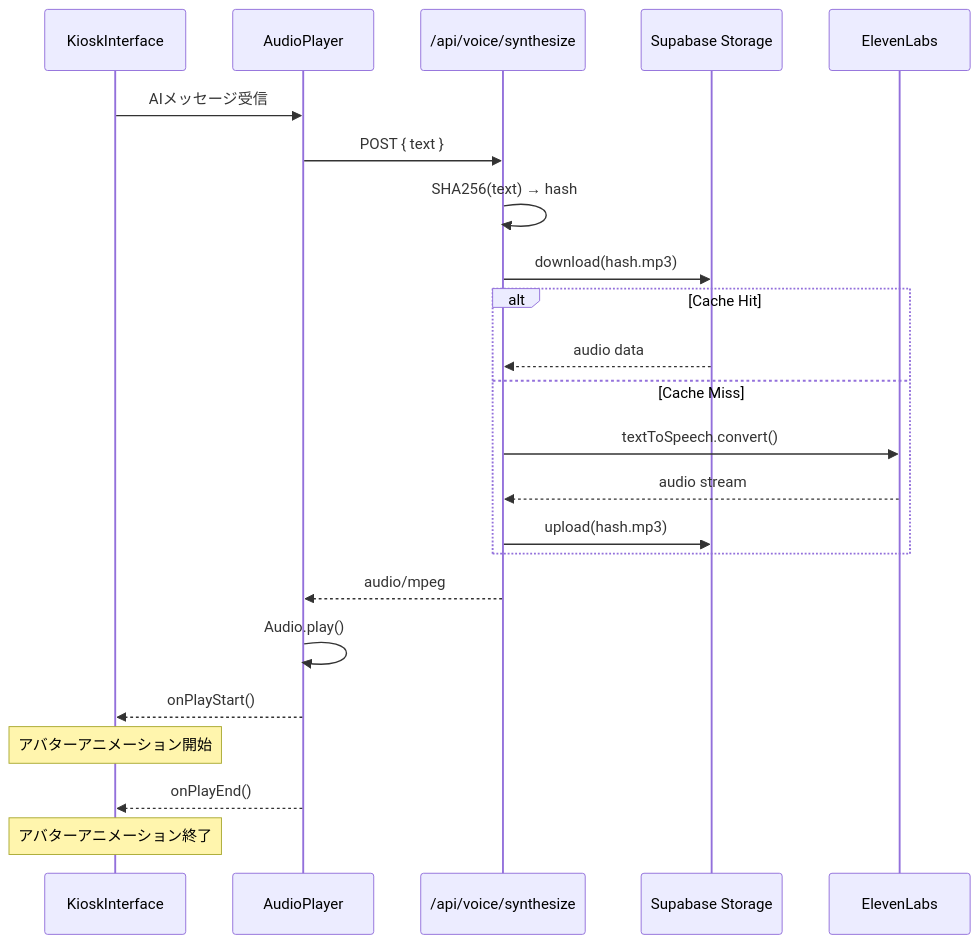
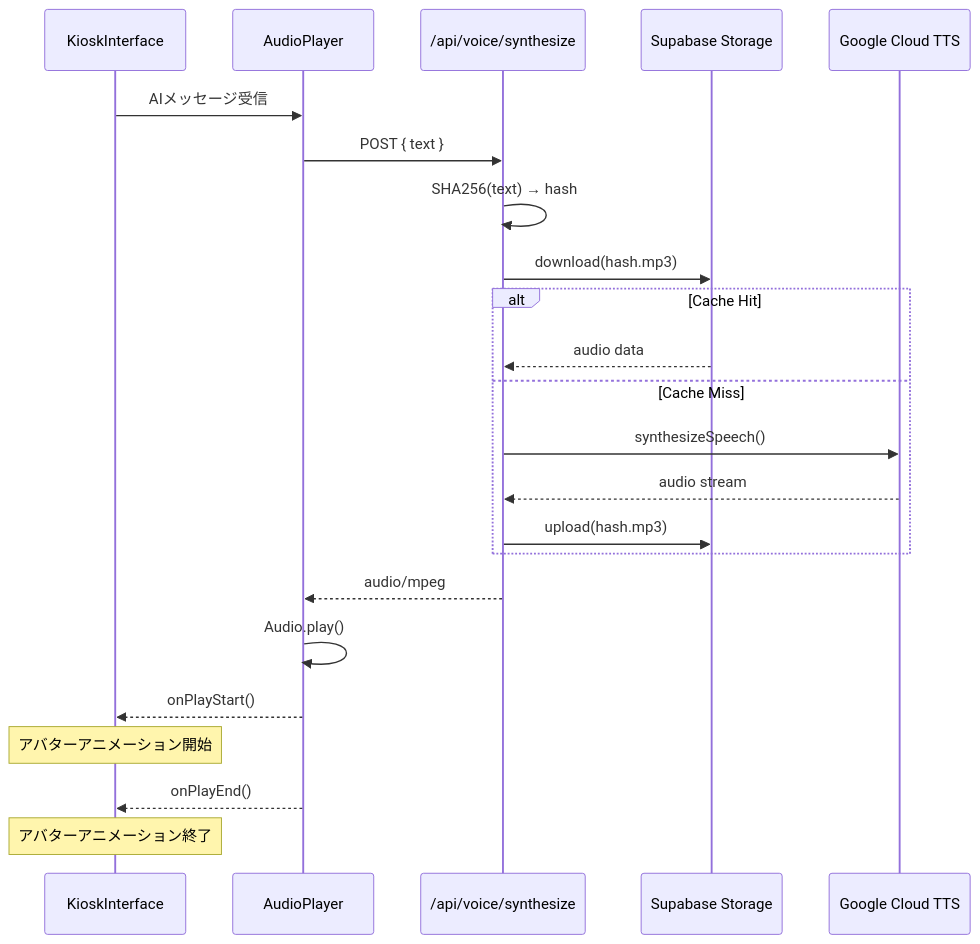
One commit to koma-ry1117/madoguchi-ai changed the second of 2 diagrams in .kiro/specs/voice-io/design.md. Above: the diagram before and after it, drawn with Mermaid. The commit also changed other lines of this file and 3 other files, not shown here.

````diff
--- a/.kiro/specs/voice-io/design.md
+++ b/.kiro/specs/voice-io/design.md
@@ -86,28 +86,28 @@
 ```mermaid
 sequenceDiagram
     participant Kiosk as KioskInterface
     participant AP as AudioPlayer
     participant API as /api/voice/synthesize
     participant Cache as Supabase Storage
-    participant E as ElevenLabs
+    participant GC as Google Cloud TTS
 
     Kiosk->>AP: AIメッセージ受信
     AP->>API: POST { text }
     API->>API: SHA256(text) → hash
     API->>Cache: download(hash.mp3)
 
     alt Cache Hit
         Cache-->>API: audio data
     else Cache Miss
-        API->>E: textToSpeech.convert()
-        E-->>API: audio stream
+        API->>GC: synthesizeSpeech()
+        GC-->>API: audio stream
         API->>Cache: upload(hash.mp3)
     end
 
     API-->>AP: audio/mpeg
     AP->>AP: Audio.play()
     AP-->>Kiosk: onPlayStart()
     Note over Kiosk: アバターアニメーション開始
     AP-->>Kiosk: onPlayEnd()
     Note over Kiosk: アバターアニメーション終了
 ```
````
